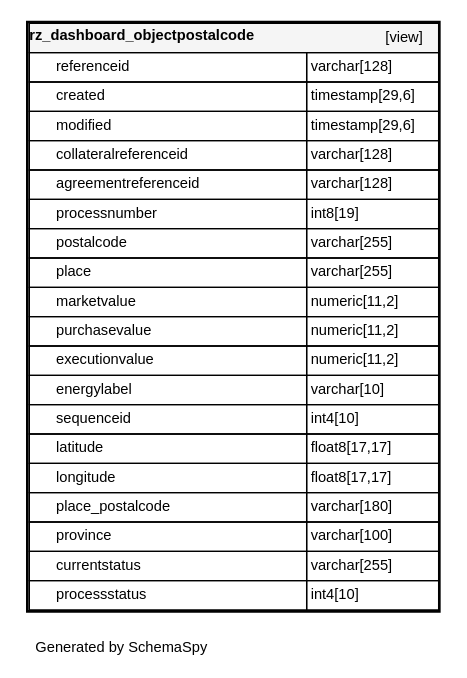
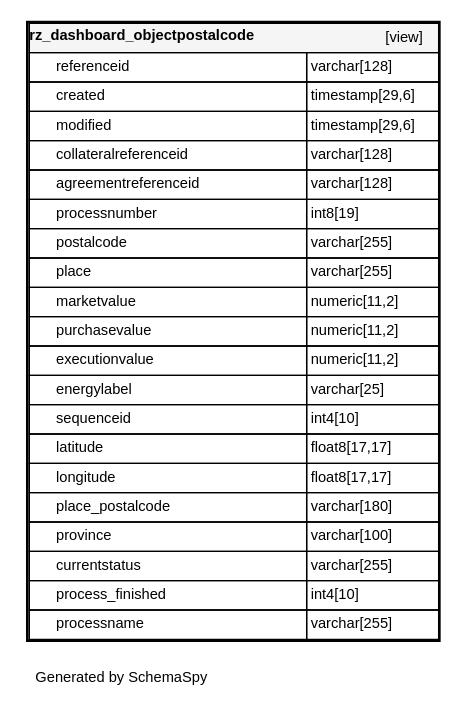
Before and after one commit to fyndoo/fyndoo.github.io: the diagram in db_standardzone_version01/diagrams/tables/rz_dashboard_objectpostalcode.1degree.dot, drawn with Graphviz. The commit also changed 138 other files, not shown here.

```diff
--- a/db_standardzone_version01/diagrams/tables/rz_dashboard_objectpostalcode.1degree.dot
+++ b/db_standardzone_version01/diagrams/tables/rz_dashboard_objectpostalcode.1degree.dot
@@ -1,49 +1,50 @@
 digraph "oneDegreeRelationshipsDiagram" {
   graph [
     rankdir="RL"
     bgcolor="#ffffff"
     label="\nGenerated by SchemaSpy"
     labeljust="l"
     nodesep="0.18"
     ranksep="0.46"
     fontname="Helvetica"
     fontsize="11"
     ration="compress"
   ];
   node [
     fontname="Helvetica"
     fontsize="11"
     shape="plaintext"
   ];
   edge [
     arrowsize="0.8"
   ];
   "rz_dashboard_objectpostalcode" [
    label=<
     <TABLE BORDER="2" CELLBORDER="1" CELLSPACING="0" BGCOLOR="#ffffff">
       <TR><TD COLSPAN="4"  BGCOLOR="#f5f5f5"><TABLE BORDER="0" CELLSPACING="0"><TR><TD ALIGN="LEFT" FIXEDSIZE="TRUE" WIDTH="187" HEIGHT="16"><B>rz_dashboard_objectpostalcode</B></TD><TD ALIGN="RIGHT">[view]</TD></TR></TABLE></TD></TR>
       <TR><TD PORT="referenceid" COLSPAN="2" ALIGN="LEFT"><TABLE BORDER="0" CELLSPACING="0" ALIGN="LEFT"><TR ALIGN="LEFT"><TD ALIGN="LEFT" FIXEDSIZE="TRUE" WIDTH="15" HEIGHT="16"></TD><TD ALIGN="LEFT" FIXEDSIZE="TRUE" WIDTH="187" HEIGHT="16">referenceid</TD></TR></TABLE></TD><TD PORT="referenceid.type" ALIGN="LEFT">varchar[128]</TD></TR>
       <TR><TD PORT="created" COLSPAN="2" ALIGN="LEFT"><TABLE BORDER="0" CELLSPACING="0" ALIGN="LEFT"><TR ALIGN="LEFT"><TD ALIGN="LEFT" FIXEDSIZE="TRUE" WIDTH="15" HEIGHT="16"></TD><TD ALIGN="LEFT" FIXEDSIZE="TRUE" WIDTH="187" HEIGHT="16">created</TD></TR></TABLE></TD><TD PORT="created.type" ALIGN="LEFT">timestamp[29,6]</TD></TR>
       <TR><TD PORT="modified" COLSPAN="2" ALIGN="LEFT"><TABLE BORDER="0" CELLSPACING="0" ALIGN="LEFT"><TR ALIGN="LEFT"><TD ALIGN="LEFT" FIXEDSIZE="TRUE" WIDTH="15" HEIGHT="16"></TD><TD ALIGN="LEFT" FIXEDSIZE="TRUE" WIDTH="187" HEIGHT="16">modified</TD></TR></TABLE></TD><TD PORT="modified.type" ALIGN="LEFT">timestamp[29,6]</TD></TR>
       <TR><TD PORT="collateralreferenceid" COLSPAN="2" ALIGN="LEFT"><TABLE BORDER="0" CELLSPACING="0" ALIGN="LEFT"><TR ALIGN="LEFT"><TD ALIGN="LEFT" FIXEDSIZE="TRUE" WIDTH="15" HEIGHT="16"></TD><TD ALIGN="LEFT" FIXEDSIZE="TRUE" WIDTH="187" HEIGHT="16">collateralreferenceid</TD></TR></TABLE></TD><TD PORT="collateralreferenceid.type" ALIGN="LEFT">varchar[128]</TD></TR>
       <TR><TD PORT="agreementreferenceid" COLSPAN="2" ALIGN="LEFT"><TABLE BORDER="0" CELLSPACING="0" ALIGN="LEFT"><TR ALIGN="LEFT"><TD ALIGN="LEFT" FIXEDSIZE="TRUE" WIDTH="15" HEIGHT="16"></TD><TD ALIGN="LEFT" FIXEDSIZE="TRUE" WIDTH="187" HEIGHT="16">agreementreferenceid</TD></TR></TABLE></TD><TD PORT="agreementreferenceid.type" ALIGN="LEFT">varchar[128]</TD></TR>
       <TR><TD PORT="processnumber" COLSPAN="2" ALIGN="LEFT"><TABLE BORDER="0" CELLSPACING="0" ALIGN="LEFT"><TR ALIGN="LEFT"><TD ALIGN="LEFT" FIXEDSIZE="TRUE" WIDTH="15" HEIGHT="16"></TD><TD ALIGN="LEFT" FIXEDSIZE="TRUE" WIDTH="187" HEIGHT="16">processnumber</TD></TR></TABLE></TD><TD PORT="processnumber.type" ALIGN="LEFT">int8[19]</TD></TR>
       <TR><TD PORT="postalcode" COLSPAN="2" ALIGN="LEFT"><TABLE BORDER="0" CELLSPACING="0" ALIGN="LEFT"><TR ALIGN="LEFT"><TD ALIGN="LEFT" FIXEDSIZE="TRUE" WIDTH="15" HEIGHT="16"></TD><TD ALIGN="LEFT" FIXEDSIZE="TRUE" WIDTH="187" HEIGHT="16">postalcode</TD></TR></TABLE></TD><TD PORT="postalcode.type" ALIGN="LEFT">varchar[255]</TD></TR>
       <TR><TD PORT="place" COLSPAN="2" ALIGN="LEFT"><TABLE BORDER="0" CELLSPACING="0" ALIGN="LEFT"><TR ALIGN="LEFT"><TD ALIGN="LEFT" FIXEDSIZE="TRUE" WIDTH="15" HEIGHT="16"></TD><TD ALIGN="LEFT" FIXEDSIZE="TRUE" WIDTH="187" HEIGHT="16">place</TD></TR></TABLE></TD><TD PORT="place.type" ALIGN="LEFT">varchar[255]</TD></TR>
       <TR><TD PORT="marketvalue" COLSPAN="2" ALIGN="LEFT"><TABLE BORDER="0" CELLSPACING="0" ALIGN="LEFT"><TR ALIGN="LEFT"><TD ALIGN="LEFT" FIXEDSIZE="TRUE" WIDTH="15" HEIGHT="16"></TD><TD ALIGN="LEFT" FIXEDSIZE="TRUE" WIDTH="187" HEIGHT="16">marketvalue</TD></TR></TABLE></TD><TD PORT="marketvalue.type" ALIGN="LEFT">numeric[11,2]</TD></TR>
       <TR><TD PORT="purchasevalue" COLSPAN="2" ALIGN="LEFT"><TABLE BORDER="0" CELLSPACING="0" ALIGN="LEFT"><TR ALIGN="LEFT"><TD ALIGN="LEFT" FIXEDSIZE="TRUE" WIDTH="15" HEIGHT="16"></TD><TD ALIGN="LEFT" FIXEDSIZE="TRUE" WIDTH="187" HEIGHT="16">purchasevalue</TD></TR></TABLE></TD><TD PORT="purchasevalue.type" ALIGN="LEFT">numeric[11,2]</TD></TR>
       <TR><TD PORT="executionvalue" COLSPAN="2" ALIGN="LEFT"><TABLE BORDER="0" CELLSPACING="0" ALIGN="LEFT"><TR ALIGN="LEFT"><TD ALIGN="LEFT" FIXEDSIZE="TRUE" WIDTH="15" HEIGHT="16"></TD><TD ALIGN="LEFT" FIXEDSIZE="TRUE" WIDTH="187" HEIGHT="16">executionvalue</TD></TR></TABLE></TD><TD PORT="executionvalue.type" ALIGN="LEFT">numeric[11,2]</TD></TR>
-      <TR><TD PORT="energylabel" COLSPAN="2" ALIGN="LEFT"><TABLE BORDER="0" CELLSPACING="0" ALIGN="LEFT"><TR ALIGN="LEFT"><TD ALIGN="LEFT" FIXEDSIZE="TRUE" WIDTH="15" HEIGHT="16"></TD><TD ALIGN="LEFT" FIXEDSIZE="TRUE" WIDTH="187" HEIGHT="16">energylabel</TD></TR></TABLE></TD><TD PORT="energylabel.type" ALIGN="LEFT">varchar[10]</TD></TR>
+      <TR><TD PORT="energylabel" COLSPAN="2" ALIGN="LEFT"><TABLE BORDER="0" CELLSPACING="0" ALIGN="LEFT"><TR ALIGN="LEFT"><TD ALIGN="LEFT" FIXEDSIZE="TRUE" WIDTH="15" HEIGHT="16"></TD><TD ALIGN="LEFT" FIXEDSIZE="TRUE" WIDTH="187" HEIGHT="16">energylabel</TD></TR></TABLE></TD><TD PORT="energylabel.type" ALIGN="LEFT">varchar[25]</TD></TR>
       <TR><TD PORT="sequenceid" COLSPAN="2" ALIGN="LEFT"><TABLE BORDER="0" CELLSPACING="0" ALIGN="LEFT"><TR ALIGN="LEFT"><TD ALIGN="LEFT" FIXEDSIZE="TRUE" WIDTH="15" HEIGHT="16"></TD><TD ALIGN="LEFT" FIXEDSIZE="TRUE" WIDTH="187" HEIGHT="16">sequenceid</TD></TR></TABLE></TD><TD PORT="sequenceid.type" ALIGN="LEFT">int4[10]</TD></TR>
       <TR><TD PORT="latitude" COLSPAN="2" ALIGN="LEFT"><TABLE BORDER="0" CELLSPACING="0" ALIGN="LEFT"><TR ALIGN="LEFT"><TD ALIGN="LEFT" FIXEDSIZE="TRUE" WIDTH="15" HEIGHT="16"></TD><TD ALIGN="LEFT" FIXEDSIZE="TRUE" WIDTH="187" HEIGHT="16">latitude</TD></TR></TABLE></TD><TD PORT="latitude.type" ALIGN="LEFT">float8[17,17]</TD></TR>
       <TR><TD PORT="longitude" COLSPAN="2" ALIGN="LEFT"><TABLE BORDER="0" CELLSPACING="0" ALIGN="LEFT"><TR ALIGN="LEFT"><TD ALIGN="LEFT" FIXEDSIZE="TRUE" WIDTH="15" HEIGHT="16"></TD><TD ALIGN="LEFT" FIXEDSIZE="TRUE" WIDTH="187" HEIGHT="16">longitude</TD></TR></TABLE></TD><TD PORT="longitude.type" ALIGN="LEFT">float8[17,17]</TD></TR>
       <TR><TD PORT="place_postalcode" COLSPAN="2" ALIGN="LEFT"><TABLE BORDER="0" CELLSPACING="0" ALIGN="LEFT"><TR ALIGN="LEFT"><TD ALIGN="LEFT" FIXEDSIZE="TRUE" WIDTH="15" HEIGHT="16"></TD><TD ALIGN="LEFT" FIXEDSIZE="TRUE" WIDTH="187" HEIGHT="16">place_postalcode</TD></TR></TABLE></TD><TD PORT="place_postalcode.type" ALIGN="LEFT">varchar[180]</TD></TR>
       <TR><TD PORT="province" COLSPAN="2" ALIGN="LEFT"><TABLE BORDER="0" CELLSPACING="0" ALIGN="LEFT"><TR ALIGN="LEFT"><TD ALIGN="LEFT" FIXEDSIZE="TRUE" WIDTH="15" HEIGHT="16"></TD><TD ALIGN="LEFT" FIXEDSIZE="TRUE" WIDTH="187" HEIGHT="16">province</TD></TR></TABLE></TD><TD PORT="province.type" ALIGN="LEFT">varchar[100]</TD></TR>
       <TR><TD PORT="currentstatus" COLSPAN="2" ALIGN="LEFT"><TABLE BORDER="0" CELLSPACING="0" ALIGN="LEFT"><TR ALIGN="LEFT"><TD ALIGN="LEFT" FIXEDSIZE="TRUE" WIDTH="15" HEIGHT="16"></TD><TD ALIGN="LEFT" FIXEDSIZE="TRUE" WIDTH="187" HEIGHT="16">currentstatus</TD></TR></TABLE></TD><TD PORT="currentstatus.type" ALIGN="LEFT">varchar[255]</TD></TR>
-      <TR><TD PORT="processstatus" COLSPAN="2" ALIGN="LEFT"><TABLE BORDER="0" CELLSPACING="0" ALIGN="LEFT"><TR ALIGN="LEFT"><TD ALIGN="LEFT" FIXEDSIZE="TRUE" WIDTH="15" HEIGHT="16"></TD><TD ALIGN="LEFT" FIXEDSIZE="TRUE" WIDTH="187" HEIGHT="16">processstatus</TD></TR></TABLE></TD><TD PORT="processstatus.type" ALIGN="LEFT">int4[10]</TD></TR>
+      <TR><TD PORT="process_finished" COLSPAN="2" ALIGN="LEFT"><TABLE BORDER="0" CELLSPACING="0" ALIGN="LEFT"><TR ALIGN="LEFT"><TD ALIGN="LEFT" FIXEDSIZE="TRUE" WIDTH="15" HEIGHT="16"></TD><TD ALIGN="LEFT" FIXEDSIZE="TRUE" WIDTH="187" HEIGHT="16">process_finished</TD></TR></TABLE></TD><TD PORT="process_finished.type" ALIGN="LEFT">int4[10]</TD></TR>
+      <TR><TD PORT="processname" COLSPAN="2" ALIGN="LEFT"><TABLE BORDER="0" CELLSPACING="0" ALIGN="LEFT"><TR ALIGN="LEFT"><TD ALIGN="LEFT" FIXEDSIZE="TRUE" WIDTH="15" HEIGHT="16"></TD><TD ALIGN="LEFT" FIXEDSIZE="TRUE" WIDTH="187" HEIGHT="16">processname</TD></TR></TABLE></TD><TD PORT="processname.type" ALIGN="LEFT">varchar[255]</TD></TR>
     </TABLE>>
     URL="rz_dashboard_objectpostalcode.html"
     target="_top"
     tooltip="rz_dashboard_objectpostalcode"
   ];
 }
```
